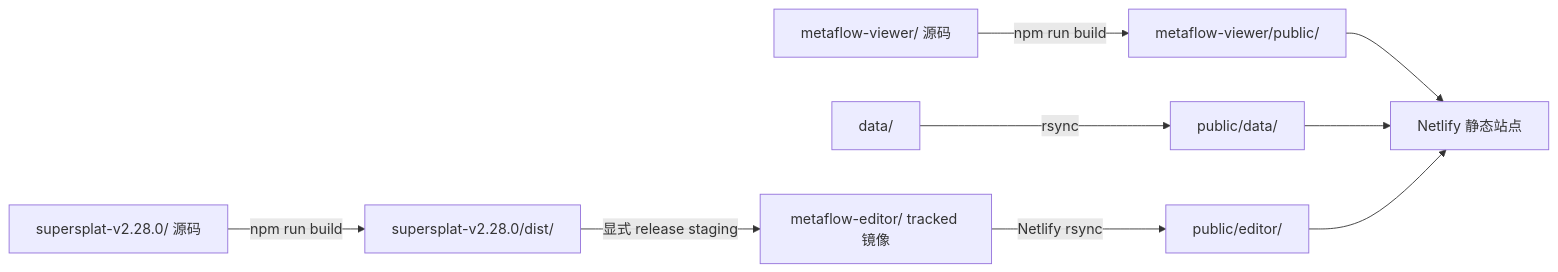
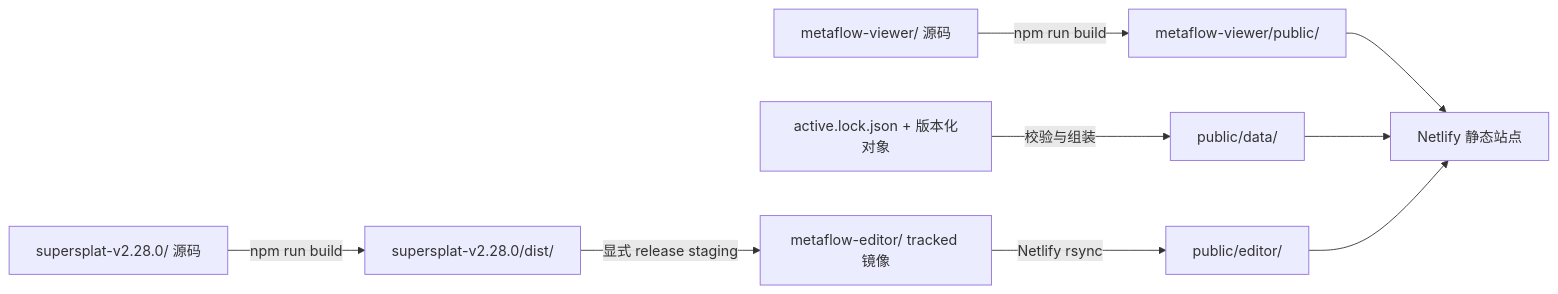
One commit to Shuang-su/Metaflow changed the diagram in docs/maintenance/deployment.md. Above: the diagram before and after it, drawn with Mermaid. The commit also changed other lines of this file and 9153 other files, not shown here.

````diff
--- a/docs/maintenance/deployment.md
+++ b/docs/maintenance/deployment.md
@@ -9,11 +9,11 @@
 ```mermaid
 flowchart LR
     VS["metaflow-viewer/ 源码"] -->|npm run build| VP["metaflow-viewer/public/"]
-    D["data/"] -->|rsync| PD["public/data/"]
+    D["active.lock.json + 版本化对象"] -->|校验与组装| PD["public/data/"]
     ES["supersplat-v2.28.0/ 源码"] -->|npm run build| ED["supersplat-v2.28.0/dist/"]
     ED -->|显式 release staging| EM["metaflow-editor/ tracked 镜像"]
     EM -->|Netlify rsync| PE["public/editor/"]
     VP --> SITE["Netlify 静态站点"]
     PD --> SITE
     PE --> SITE
 ```
````
